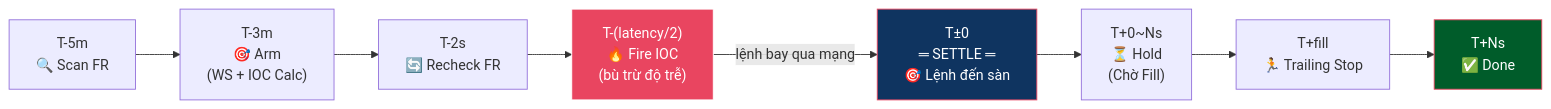
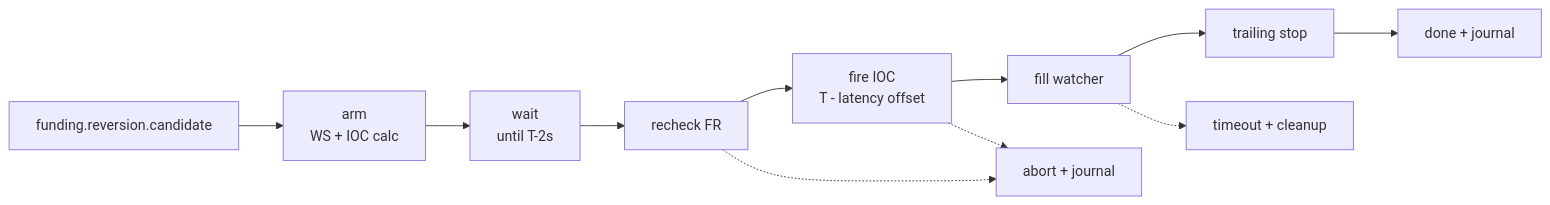
Before and after one commit to dangnmh/crypto-bot: the diagram in docs/business/funding/reversion_flow.md, drawn with Mermaid. The commit also changed other lines of this file and 42 other files, not shown here.

````diff
--- a/docs/business/funding/reversion_flow.md
+++ b/docs/business/funding/reversion_flow.md
@@ -9,14 +18,13 @@
 ```mermaid
 flowchart LR
-    A["T-5m<br/>🔍 Scan FR"] --> B["T-3m<br/>🎯 Arm<br/>(WS + IOC Calc)"]
-    B --> C["T-2s<br/>🔄 Recheck FR"]
-    C --> D["T-(latency/2)<br/>🔥 Fire IOC<br/>(bù trừ độ trễ)"]
-    D -->|lệnh bay qua mạng| E["T±0<br/>═ SETTLE ═<br/>🎯 Lệnh đến sàn"]
-    E --> F["T+0~Ns<br/>⏳ Hold<br/>(Chờ Fill)"]
-    F --> G["T+fill<br/>🏃 Trailing Stop"]
-    G --> H["T+Ns<br/>✅ Done"]
-
-    style D fill:#e94560,stroke:#fff,color:#fff
-    style E fill:#0f3460,stroke:#e94560,color:#fff
-    style H fill:#005c2a,stroke:#e94560,color:#fff
+    C["funding.reversion.candidate"] --> ARM["arm<br/>WS + IOC calc"]
+    ARM --> WAIT["wait<br/>until T-2s"]
+    WAIT --> CHECK["recheck FR"]
+    CHECK --> IOC["fire IOC<br/>T - latency offset"]
+    IOC --> FILL["fill watcher"]
+    FILL --> TRAIL["trailing stop"]
+    TRAIL --> DONE["done + journal"]
+    CHECK -.-> ABORT["abort + journal"]
+    IOC -.-> ABORT
+    FILL -.-> TIMEOUT["timeout + cleanup"]
 ```
````
